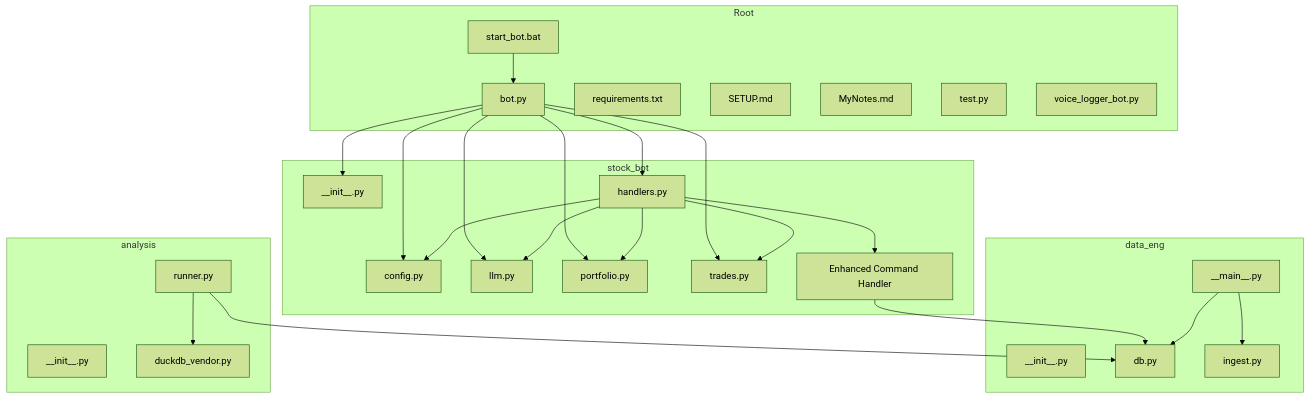
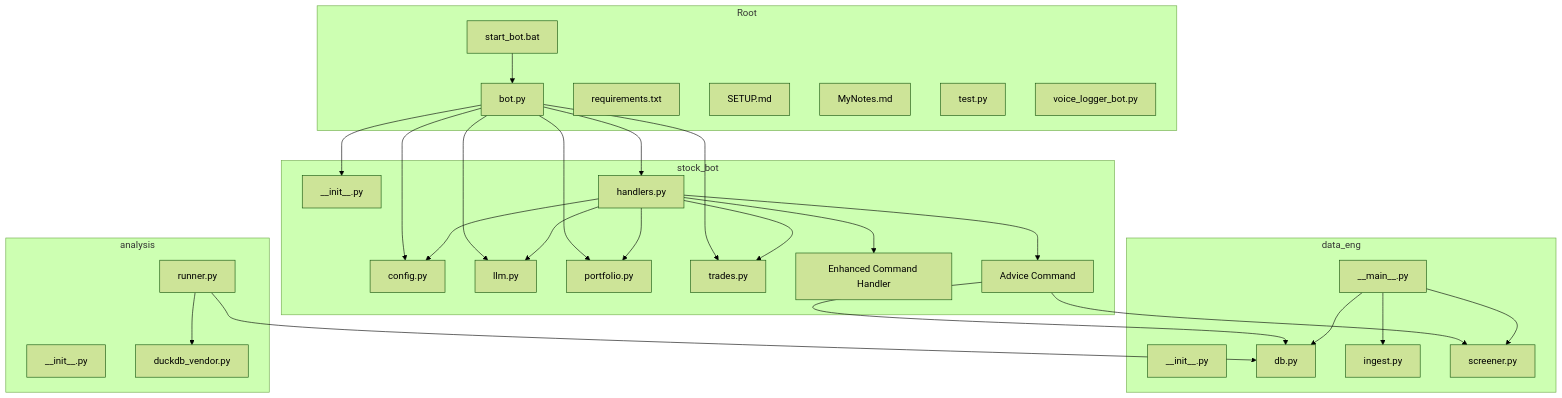
Before and after one commit to ZengSeng/telegram-bot: the first of 9 diagrams in .qoder/repowiki/en/content/Core Components/Stock Trading Bot.md, drawn with Mermaid (forest theme). The commit also changed other lines of this file and 8 other files, not shown here.

````diff
--- a/.qoder/repowiki/en/content/Core Components/Stock Trading Bot.md
+++ b/.qoder/repowiki/en/content/Core Components/Stock Trading Bot.md
@@ -73,49 +69,54 @@
 ```mermaid
 graph TB
 subgraph "Root"
 BOT["bot.py"]
 REQ["requirements.txt"]
 SETUP["SETUP.md"]
 NOTES["MyNotes.md"]
 TEST["test.py"]
 VOICE["voice_logger_bot.py"]
 STARTBAT["start_bot.bat"]
 end
 subgraph "stock_bot"
 SB_INIT["__init__.py"]
 CFG["config.py"]
 HND["handlers.py"]
 LLM["llm.py"]
 PORTFOLIO["portfolio.py"]
 TRADES["trades.py"]
 CMD_HANDLER["Enhanced Command Handler"]
+ADVICE_CMD["Advice Command"]
 end
 subgraph "data_eng"
 DE_INIT["__init__.py"]
 DE_MAIN["__main__.py"]
 DB["db.py"]
 INGEST["ingest.py"]
+SCREENER["screener.py"]
 end
 subgraph "analysis"
 AN_INIT["__init__.py"]
 DUCK["duckdb_vendor.py"]
 RUN["runner.py"]
 end
 BOT --> SB_INIT
 BOT --> HND
 BOT --> CFG
 BOT --> LLM
 BOT --> PORTFOLIO
 BOT --> TRADES
 HND --> CMD_HANDLER
+HND --> ADVICE_CMD
 HND --> PORTFOLIO
 HND --> TRADES
 HND --> LLM
 HND --> CFG
-CMD_HANDLER --> DB
+ADVICE_CMD --> SCREENER
+ADVICE_CMD --> DB
 DE_MAIN --> INGEST
 DE_MAIN --> DB
+DE_MAIN --> SCREENER
 RUN --> DUCK
 RUN --> DB
 STARTBAT --> BOT
 ```
````
